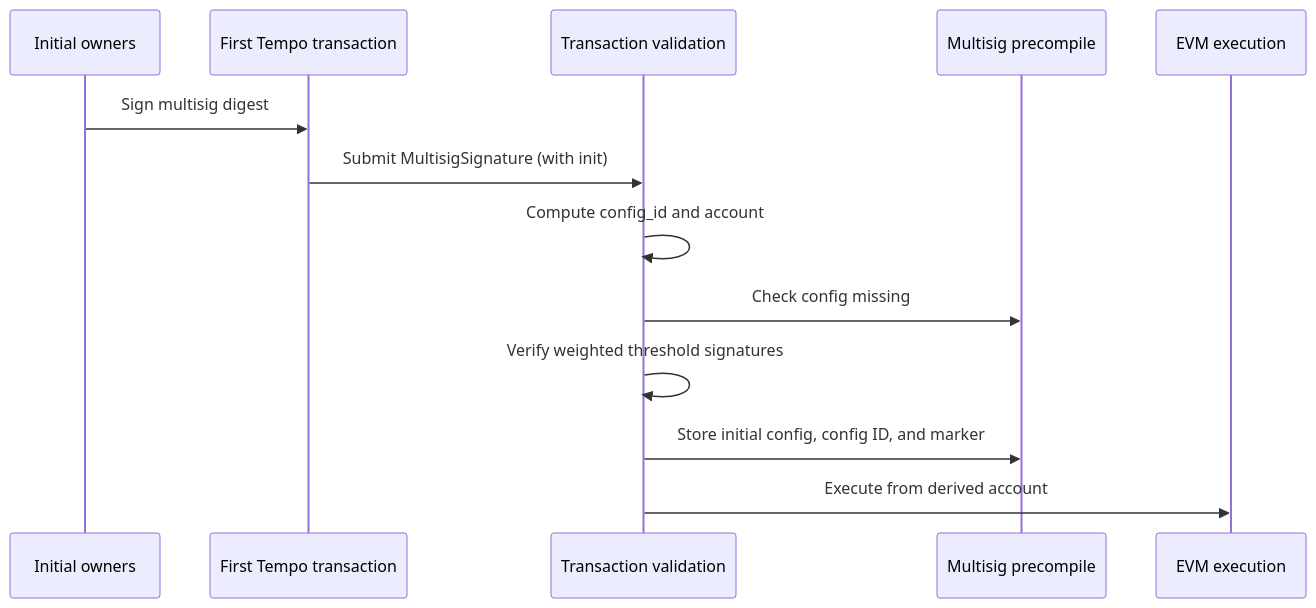
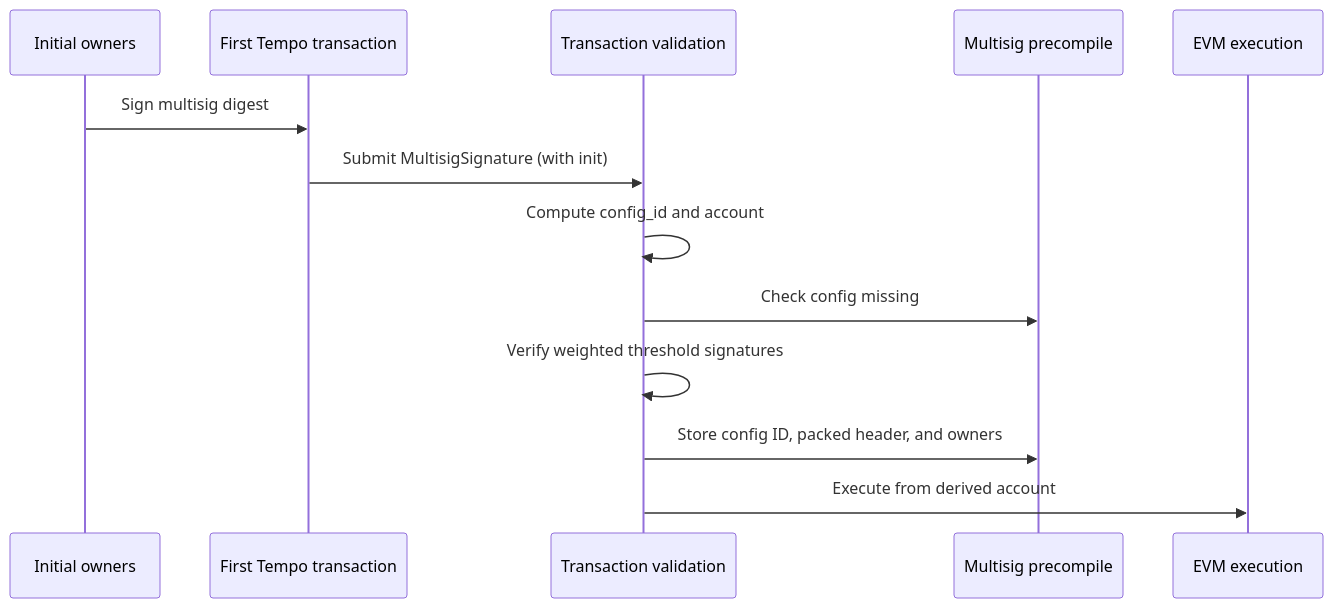
Before and after one commit to tempoxyz/tempo: the first of 2 diagrams in tips/tip-1061.md, drawn with Mermaid. The commit also changed other lines of this file, not shown here.

````diff
--- a/tips/tip-1061.md
+++ b/tips/tip-1061.md
@@ -468,16 +478,16 @@
 ```mermaid
 sequenceDiagram
   participant Owners as Initial owners
   participant Tx as First Tempo transaction
   participant Protocol as Transaction validation
   participant MS as Multisig precompile
   participant EVM as EVM execution
 
   Owners->>Tx: Sign multisig digest
   Tx->>Protocol: Submit MultisigSignature (with init)
   Protocol->>Protocol: Compute config_id and account
   Protocol->>MS: Check config missing
   Protocol->>Protocol: Verify weighted threshold signatures
-  Protocol->>MS: Store initial config, config ID, and marker
+  Protocol->>MS: Store config ID, packed header, and owners
   Protocol->>EVM: Execute from derived account
 ```
````
